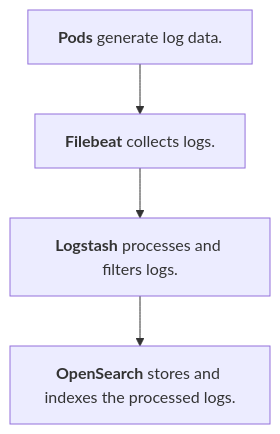
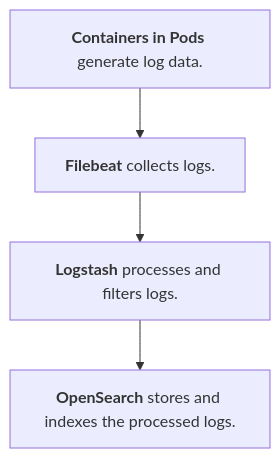
One commit to HCL-TECH-SOFTWARE/digital-experience changed the diagram in docs/guide_me/performance_tuning/container_deployments/logstash_opensearch.md. Above: the diagram before and after it, drawn with Mermaid. The commit also changed other lines of this file and 1 other file, not shown here.

````diff
--- a/docs/guide_me/performance_tuning/container_deployments/logstash_opensearch.md
+++ b/docs/guide_me/performance_tuning/container_deployments/logstash_opensearch.md
@@ -28,12 +28,12 @@
 ```mermaid
 flowchart TB
   accTitle: Data flow overview
   accDescr: Flowchart showing how logs are processed from Kubernetes to OpenSearch
-  node_1["`**Pods** generate log data.`"]
+  node_1["`**Containers in Pods** generate log data.`"]
   node_2["`**Filebeat** collects logs.`"]
   node_3["`**Logstash** processes and filters logs.`"]
   node_4["`**OpenSearch** stores and indexes the processed logs.`"]
   node_1 --> node_2
   node_2 --> node_3
   node_3 --> node_4
 ```
````
